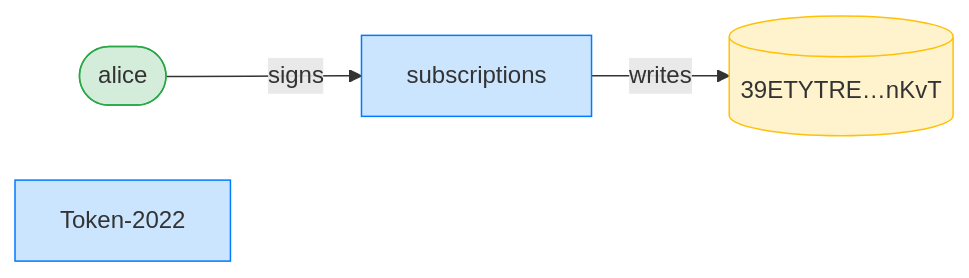
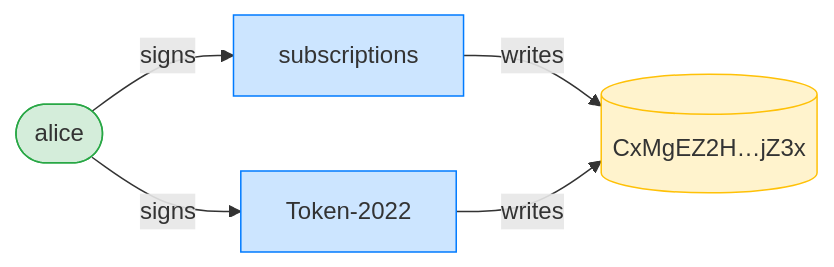
Before and after one commit to cds-rs/subscriptions: the seventh of 8 diagrams in dsl_tests/revoke-clears-the-delegate--token-2022-.md, drawn with Mermaid. The commit also changed other lines of this file and 224 other files, not shown here.

````diff
--- a/dsl_tests/revoke-clears-the-delegate--token-2022-.md
+++ b/dsl_tests/revoke-clears-the-delegate--token-2022-.md
@@ -134,12 +140,14 @@
 ```mermaid
 flowchart LR
     classDef signer fill:#d4edda,stroke:#28a745;
     classDef program fill:#cce5ff,stroke:#007bff;
     classDef writable fill:#fff3cd,stroke:#ffc107;
     subscriptions[subscriptions]:::program
     alice([alice]):::signer
-    39ETYTRE_nKvT[("39ETYTRE…nKvT")]:::writable
+    CxMgEZ2H_jZ3x[("CxMgEZ2H…jZ3x")]:::writable
     Token_2022["Token-2022"]:::program
     alice -->|signs| subscriptions
-    subscriptions -->|writes| 39ETYTRE_nKvT
+    alice -->|signs| Token_2022
+    subscriptions -->|writes| CxMgEZ2H_jZ3x
+    Token_2022 -->|writes| CxMgEZ2H_jZ3x
 ```
````
